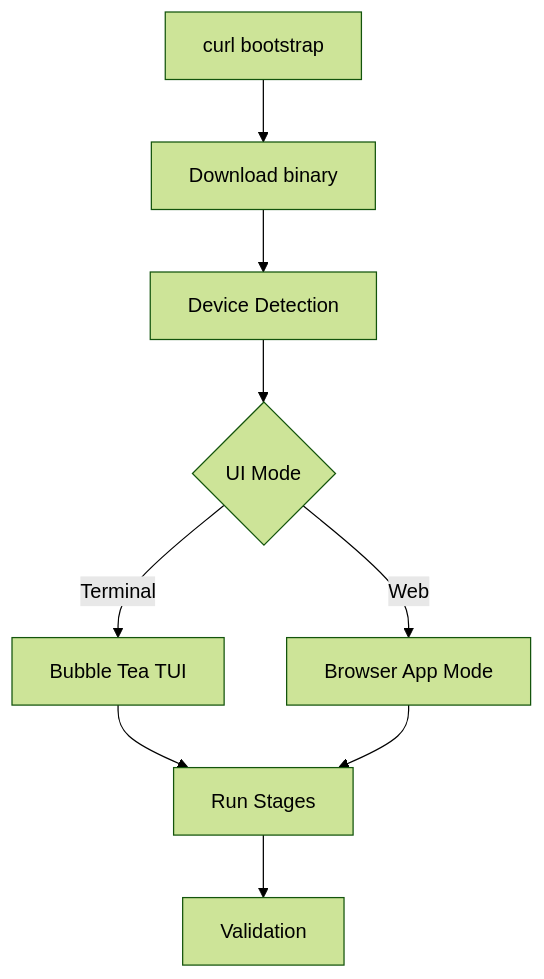
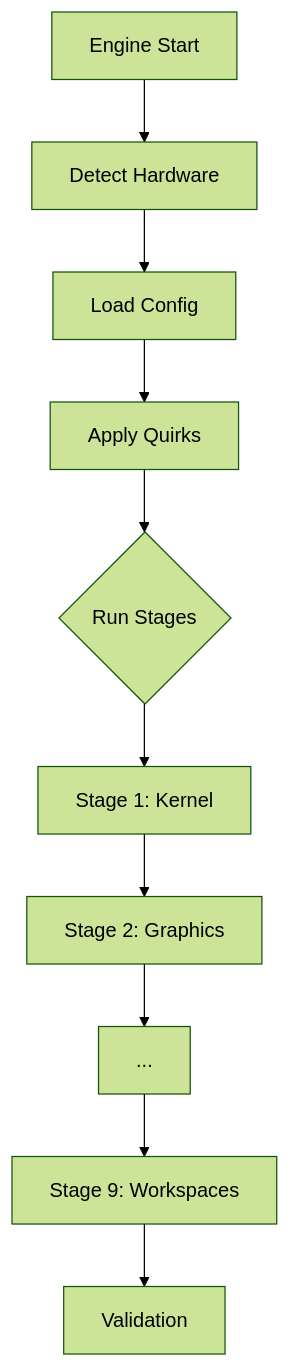
One commit to daveweinstein1/strix-halo-setup changed the diagram in docs/ARCHITECTURE.md. Above: the diagram before and after it, drawn with Mermaid (forest theme). The commit also changed other lines of this file and 16 other files, not shown here.

````diff
--- a/docs/ARCHITECTURE.md
+++ b/docs/ARCHITECTURE.md
@@ -24,11 +44,12 @@
 ```mermaid
 graph TD
-    A[curl bootstrap] --> B[Download binary]
-    B --> C[Device Detection]
-    C --> D{UI Mode}
-    D -->|Terminal| E[Bubble Tea TUI]
-    D -->|Web| F[Browser App Mode]
-    E --> G[Run Stages]
-    F --> G
-    G --> H[Validation]
+    A[Engine Start] --> B[Detect Hardware]
+    B --> C[Load Config]
+    C --> D[Apply Quirks]
+    D --> E{Run Stages}
+    E --> F[Stage 1: Kernel]
+    F --> G[Stage 2: Graphics]
+    G --> H[...]
+    H --> I[Stage 9: Workspaces]
+    I --> J[Validation]
 ```
````
